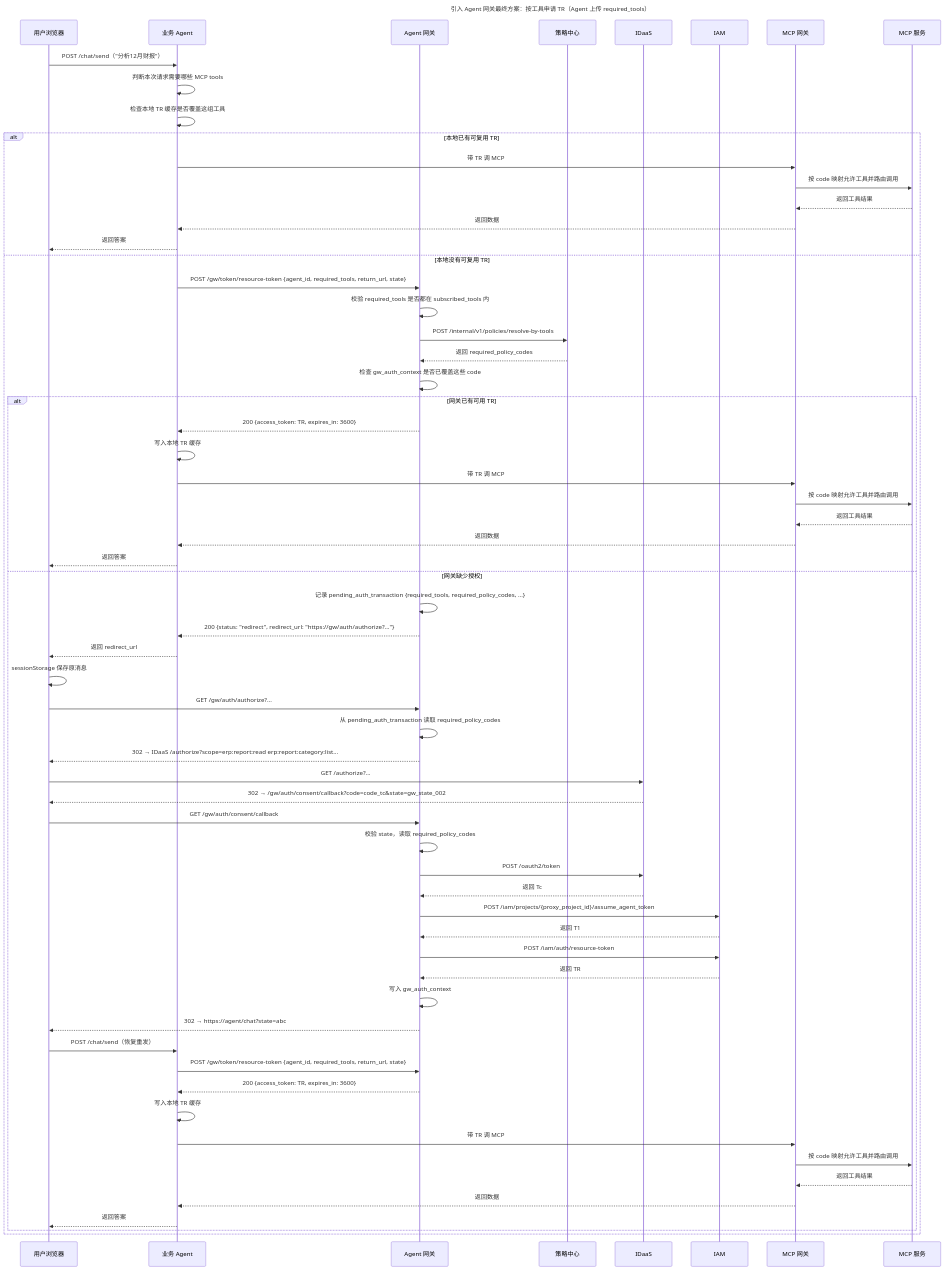
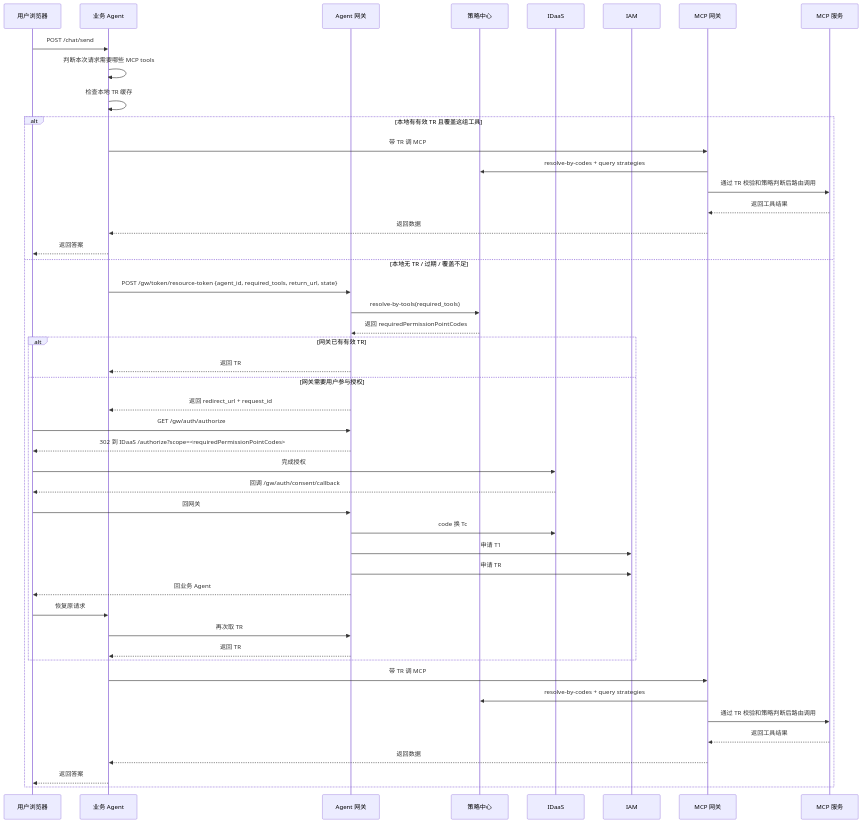
The third of 3 diagrams in docs/final_design/02_引入Agent网关版方案.md (xuning117634-ux/auth-design-spec), drawn with Mermaid before and after one commit. The commit also changed other lines of this file and 8 other files, not shown here.

````diff
--- a/docs/final_design/02_引入Agent网关版方案.md
+++ b/docs/final_design/02_引入Agent网关版方案.md
@@ -275,73 +214,53 @@
 ```mermaid
 sequenceDiagram
-    title 引入 Agent 网关最终方案：按工具申请 TR（Agent 上传 required_tools）
     participant 用户 as 用户浏览器
     participant Agent as 业务 Agent
     participant GW as Agent 网关
     participant PC as 策略中心
     participant IDaaS as IDaaS
     participant IAM as IAM
     participant MCP网关 as MCP 网关
     participant MCP服务 as MCP 服务
 
-    用户->>Agent: POST /chat/send（"分析12月财报"）
+    用户->>Agent: POST /chat/send
     Agent->>Agent: 判断本次请求需要哪些 MCP tools
-    Agent->>Agent: 检查本地 TR 缓存是否覆盖这组工具
+    Agent->>Agent: 检查本地 TR 缓存
 
-    alt 本地已有可复用 TR
+    alt 本地有有效 TR 且覆盖这组工具
         Agent->>MCP网关: 带 TR 调 MCP
-        MCP网关->>MCP服务: 按 code 映射允许工具并路由调用
+        MCP网关->>PC: resolve-by-codes + query strategies
+        MCP网关->>MCP服务: 通过 TR 校验和策略判断后路由调用
         MCP服务-->>MCP网关: 返回工具结果
         MCP网关-->>Agent: 返回数据
         Agent-->>用户: 返回答案
-    else 本地没有可复用 TR
+    else 本地无 TR / 过期 / 覆盖不足
         Agent->>GW: POST /gw/token/resource-token {agent_id, required_tools, return_url, state}
-        GW->>GW: 校验 required_tools 是否都在 subscribed_tools 内
-        GW->>PC: POST /internal/v1/policies/resolve-by-tools
-        PC-->>GW: 返回 required_policy_codes
-        GW->>GW: 检查 gw_auth_context 是否已覆盖这些 code
+        GW->>PC: resolve-by-tools(required_tools)
+        PC-->>GW: 返回 requiredPermissionPointCodes
 
-        alt 网关已有可用 TR
-            GW-->>Agent: 200 {access_token: TR, expires_in: 3600}
-            Agent->>Agent: 写入本地 TR 缓存
-            Agent->>MCP网关: 带 TR 调 MCP
-            MCP网关->>MCP服务: 按 code 映射允许工具并路由调用
-            MCP服务-->>MCP网关: 返回工具结果
-            MCP网关-->>Agent: 返回数据
-            Agent-->>用户: 返回答案
-        else 网关缺少授权
-            GW->>GW: 记录 pending_auth_transaction {required_tools, required_policy_codes, ...}
-            GW-->>Agent: 200 {status: "redirect", redirect_url: "https://gw/auth/authorize?..."}
-            Agent-->>用户: 返回 redirect_url
+        alt 网关已有有效 TR
+            GW-->>Agent: 返回 TR
+        else 网关需要用户参与授权
+            GW-->>Agent: 返回 redirect_url + request_id
+            用户->>GW: GET /gw/auth/authorize
+            GW-->>用户: 302 到 IDaaS /authorize?scope=<requiredPermissionPointCodes>
+            用户->>IDaaS: 完成授权
+            IDaaS-->>用户: 回调 /gw/auth/consent/callback
+            用户->>GW: 回网关
+            GW->>IDaaS: code 换 Tc
+            GW->>IAM: 申请 T1
+            GW->>IAM: 申请 TR
+            GW-->>用户: 回业务 Agent
+            用户->>Agent: 恢复原请求
+            Agent->>GW: 再次取 TR
+            GW-->>Agent: 返回 TR
+        end
 
-            用户->>用户: sessionStorage 保存原消息
-            用户->>GW: GET /gw/auth/authorize?... 
-            GW->>GW: 从 pending_auth_transaction 读取 required_policy_codes
-            GW-->>用户: 302 → IDaaS /authorize?scope=erp:report:read erp:report:category:list...
-
-            用户->>IDaaS: GET /authorize?... 
-            IDaaS-->>用户: 302 → /gw/auth/consent/callback?code=code_tc&state=gw_state_002
-
-            用户->>GW: GET /gw/auth/consent/callback
-            GW->>GW: 校验 state，读取 required_policy_codes
-            GW->>IDaaS: POST /oauth2/token
-            IDaaS-->>GW: 返回 Tc
-            GW->>IAM: POST /iam/projects/{proxy_project_id}/assume_agent_token
-            IAM-->>GW: 返回 T1
-            GW->>IAM: POST /iam/auth/resource-token
-            IAM-->>GW: 返回 TR
-            GW->>GW: 写入 gw_auth_context
-            GW-->>用户: 302 → https://agent/chat?state=abc
-
-            用户->>Agent: POST /chat/send（恢复重发）
-            Agent->>GW: POST /gw/token/resource-token {agent_id, required_tools, return_url, state}
-            GW-->>Agent: 200 {access_token: TR, expires_in: 3600}
-            Agent->>Agent: 写入本地 TR 缓存
-            Agent->>MCP网关: 带 TR 调 MCP
-            MCP网关->>MCP服务: 按 code 映射允许工具并路由调用
-            MCP服务-->>MCP网关: 返回工具结果
-            MCP网关-->>Agent: 返回数据
-            Agent-->>用户: 返回答案
-        end
+        Agent->>MCP网关: 带 TR 调 MCP
+        MCP网关->>PC: resolve-by-codes + query strategies
+        MCP网关->>MCP服务: 通过 TR 校验和策略判断后路由调用
+        MCP服务-->>MCP网关: 返回工具结果
+        MCP网关-->>Agent: 返回数据
+        Agent-->>用户: 返回答案
     end
 ```
````
